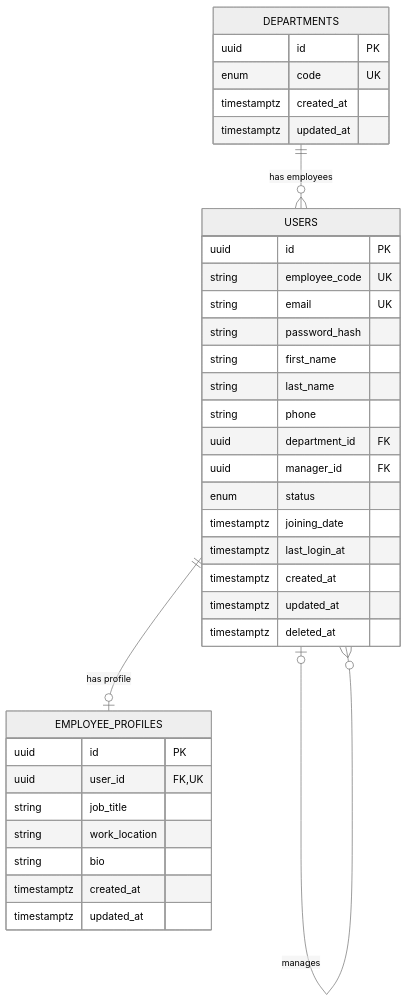
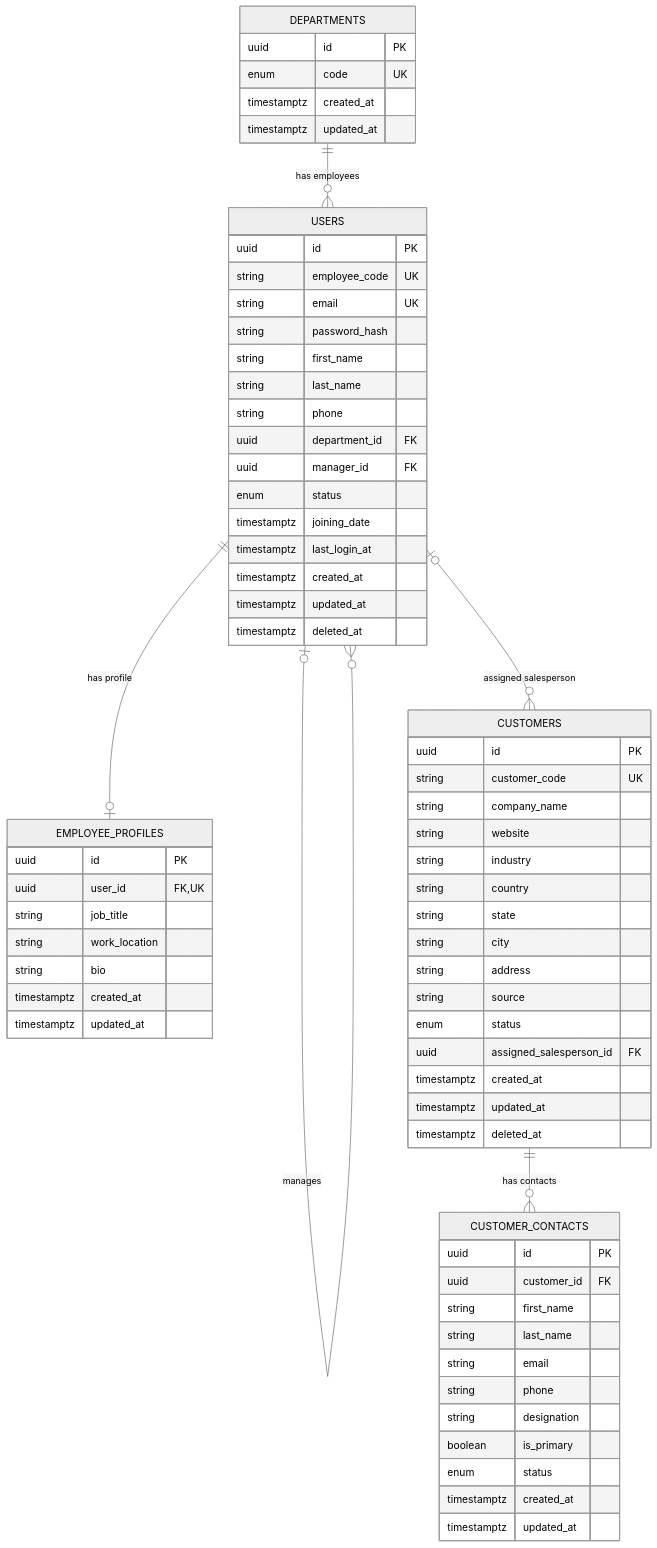
Before and after one commit to Vaishnavtdy/InterSmart-ERP-database-foundation: the diagram in docs/database/ERD.md, drawn with Mermaid (neutral theme). The commit also changed other lines of this file and 6 other files, not shown here.

First line of the commit message:
Update database schema and documentation for customer management

````diff
--- a/docs/database/ERD.md
+++ b/docs/database/ERD.md
@@ -3,41 +3,75 @@
 ```mermaid
 erDiagram
   DEPARTMENTS ||--o{ USERS : "has employees"
   USERS o|--o{ USERS : "manages"
   USERS ||--o| EMPLOYEE_PROFILES : "has profile"
+  USERS o|--o{ CUSTOMERS : "assigned salesperson"
+  CUSTOMERS ||--o{ CUSTOMER_CONTACTS : "has contacts"
+
+  CUSTOMERS {
+    uuid id PK
+    string customer_code UK
+    string company_name
+    string website
+    string industry
+    string country
+    string state
+    string city
+    string address
+    string source
+    enum status
+    uuid assigned_salesperson_id FK
+    timestamptz created_at
+    timestamptz updated_at
+    timestamptz deleted_at
+  }
+
+  CUSTOMER_CONTACTS {
+    uuid id PK
+    uuid customer_id FK
+    string first_name
+    string last_name
+    string email
+    string phone
+    string designation
+    boolean is_primary
+    enum status
+    timestamptz created_at
+    timestamptz updated_at
+  }
 
   DEPARTMENTS {
     uuid id PK
     enum code UK
     timestamptz created_at
     timestamptz updated_at
   }
 
   USERS {
     uuid id PK
     string employee_code UK
     string email UK
     string password_hash
     string first_name
     string last_name
     string phone
     uuid department_id FK
     uuid manager_id FK
     enum status
     timestamptz joining_date
     timestamptz last_login_at
     timestamptz created_at
     timestamptz updated_at
     timestamptz deleted_at
   }
 
   EMPLOYEE_PROFILES {
     uuid id PK
     uuid user_id FK, UK
     string job_title
     string work_location
     string bio
     timestamptz created_at
     timestamptz updated_at
   }
 ```
````
